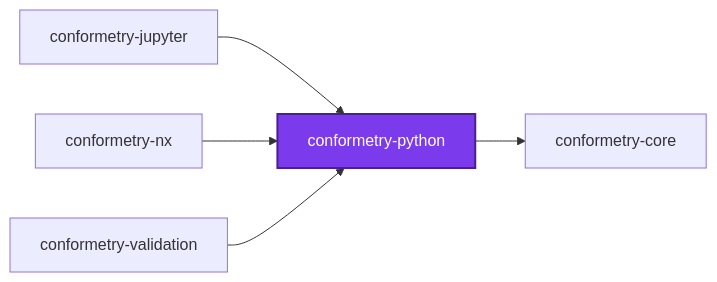
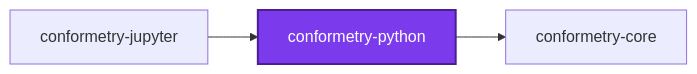
The first of 3 diagrams in packages/conformetry-python/README.md (JimmyPaolini/codebase), drawn with Mermaid before and after one commit. The commit also changed 32 other files, not shown here.

````diff
--- a/packages/conformetry-python/README.md
+++ b/packages/conformetry-python/README.md
@@ -131,14 +131,10 @@
 ```mermaid
 graph LR
   conformetry_core["conformetry-core"]
   conformetry_jupyter["conformetry-jupyter"]
-  conformetry_nx["conformetry-nx"]
   conformetry_python["conformetry-python"]
-  conformetry_validation["conformetry-validation"]
   conformetry_jupyter --> conformetry_python
-  conformetry_nx --> conformetry_python
   conformetry_python --> conformetry_core
-  conformetry_validation --> conformetry_python
   classDef subject fill:#7c3aed,color:#fff,stroke:#4c1d95,stroke-width:2px
   class conformetry_python subject
 ```
````
